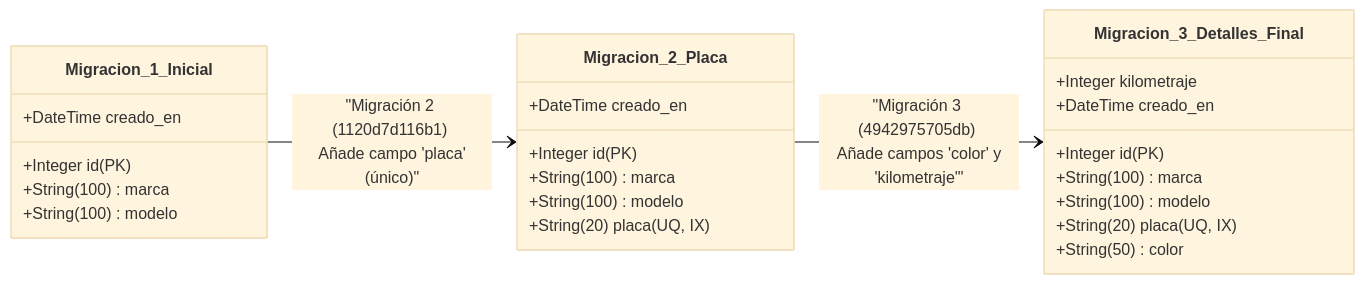
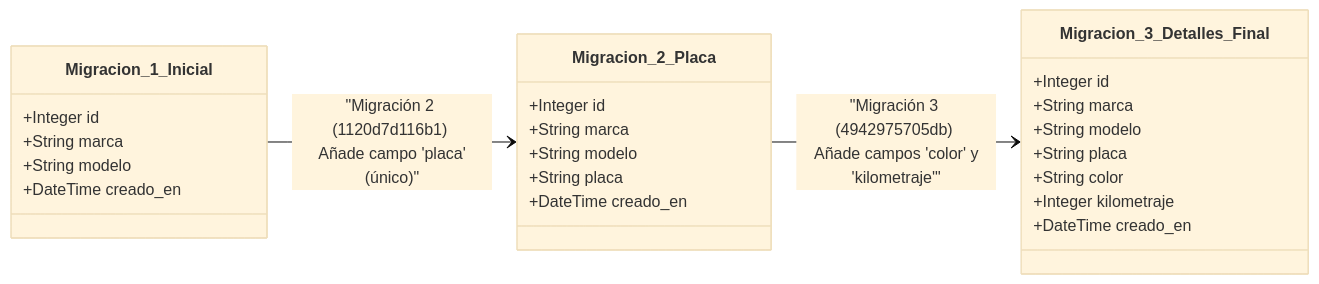
One commit to QuelaliUcatec/mantenimiento2 changed the first of 3 diagrams in practicas/p6-python-orm/mermaid.md. Above: the diagram before and after it, drawn with Mermaid (base theme). The commit also changed other lines of this file and 1 other file, not shown here.

Commit message:
correccion de diagramas

````diff
--- a/practicas/p6-python-orm/mermaid.md
+++ b/practicas/p6-python-orm/mermaid.md
@@ -11,31 +11,31 @@
 ```mermaid
 classDiagram
     direction LR
     class Migracion_1_Inicial {
-        +Integer id (PK)
-        +String(100) marca
-        +String(100) modelo
+        +Integer id
+        +String marca
+        +String modelo
         +DateTime creado_en
     }
     
     class Migracion_2_Placa {
-        +Integer id (PK)
-        +String(100) marca
-        +String(100) modelo
-        +String(20) placa (UQ, IX)
+        +Integer id
+        +String marca
+        +String modelo
+        +String placa
         +DateTime creado_en
     }
     
     class Migracion_3_Detalles_Final {
-        +Integer id (PK)
-        +String(100) marca
-        +String(100) modelo
-        +String(20) placa (UQ, IX)
-        +String(50) color
+        +Integer id
+        +String marca
+        +String modelo
+        +String placa
+        +String color
         +Integer kilometraje
         +DateTime creado_en
     }
 
     Migracion_1_Inicial --> Migracion_2_Placa : "Migración 2 (1120d7d116b1) <br> Añade campo 'placa' (único)"
     Migracion_2_Placa --> Migracion_3_Detalles_Final : "Migración 3 (4942975705db) <br> Añade campos 'color' y 'kilometraje'"
 ```
````
